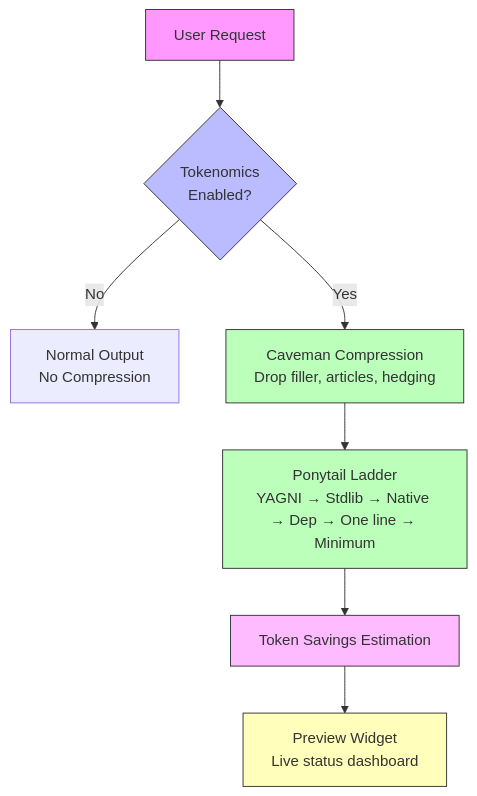
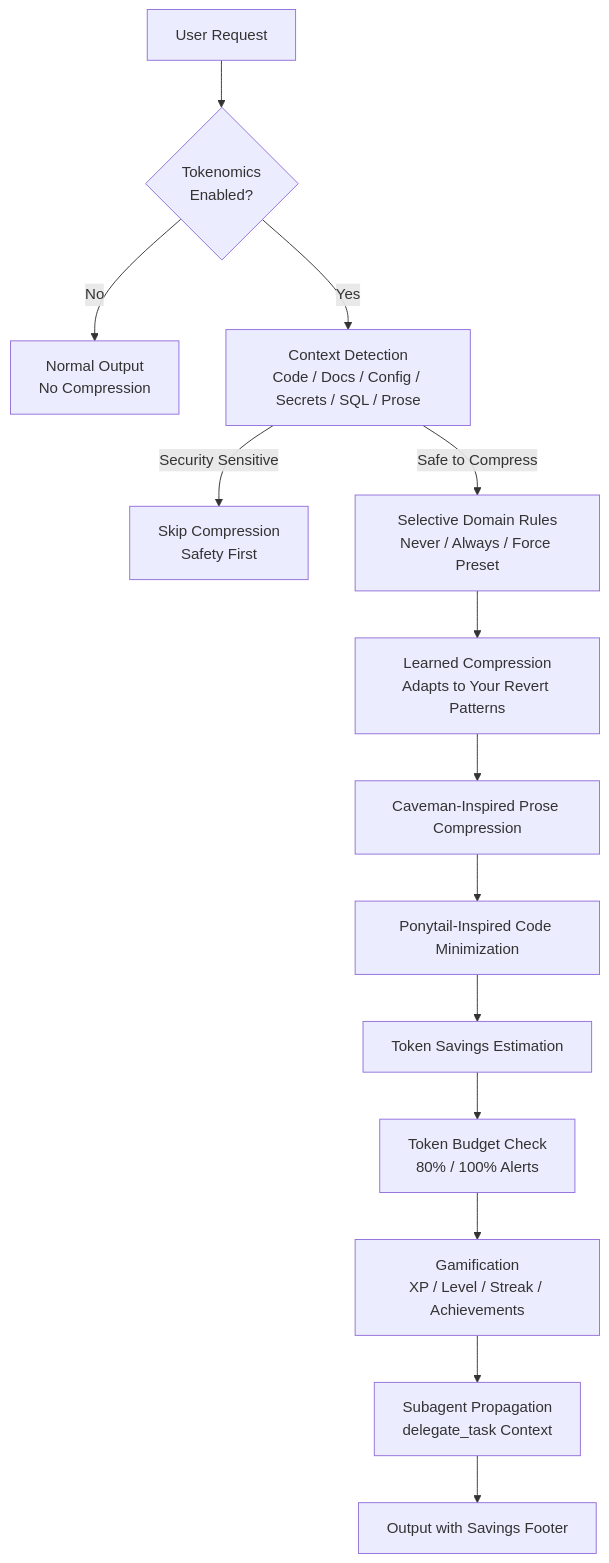
One commit to z99wE/tokenomics-plugin changed the diagram in cursor/SKILL.md. Above: the diagram before and after it, drawn with Mermaid. The commit also changed other lines of this file and 3 other files, not shown here.

````diff
--- a/cursor/SKILL.md
+++ b/cursor/SKILL.md
@@ -23,15 +30,16 @@
 ```mermaid
 flowchart TD
     A[User Request] --> B{Tokenomics<br/>Enabled?}
     B -->|No| C[Normal Output<br/>No Compression]
-    B -->|Yes| D[Caveman Compression<br/>Drop filler, articles, hedging]
-    D --> E[Ponytail Ladder<br/>YAGNI → Stdlib → Native → Dep → One line → Minimum]
-    E --> F[Token Savings Estimation]
-    F --> G[Preview Widget<br/>Live status dashboard]
-    style A fill:#f9f,stroke:#333
-    style B fill:#bbf,stroke:#333
-    style D fill:#bfb,stroke:#333
-    style E fill:#bfb,stroke:#333
-    style F fill:#fbf,stroke:#333
-    style G fill:#ffb,stroke:#333
+    B -->|Yes| D[Context Detection<br/>Code / Docs / Config / Secrets / SQL / Prose]
+    D -->|Security Sensitive| E[Skip Compression<br/>Safety First]
+    D -->|Safe to Compress| F[Selective Domain Rules<br/>Never / Always / Force Preset]
+    F --> G[Learned Compression<br/>Adapts to Your Revert Patterns]
+    G --> H[Caveman-Inspired Prose Compression]
+    H --> I[Ponytail-Inspired Code Minimization]
+    I --> J[Token Savings Estimation]
+    J --> K[Token Budget Check<br/>80% / 100% Alerts]
+    K --> L[Gamification<br/>XP / Level / Streak / Achievements]
+    L --> M[Subagent Propagation<br/>delegate_task Context]
+    M --> N[Output with Savings Footer]
 ```
````
